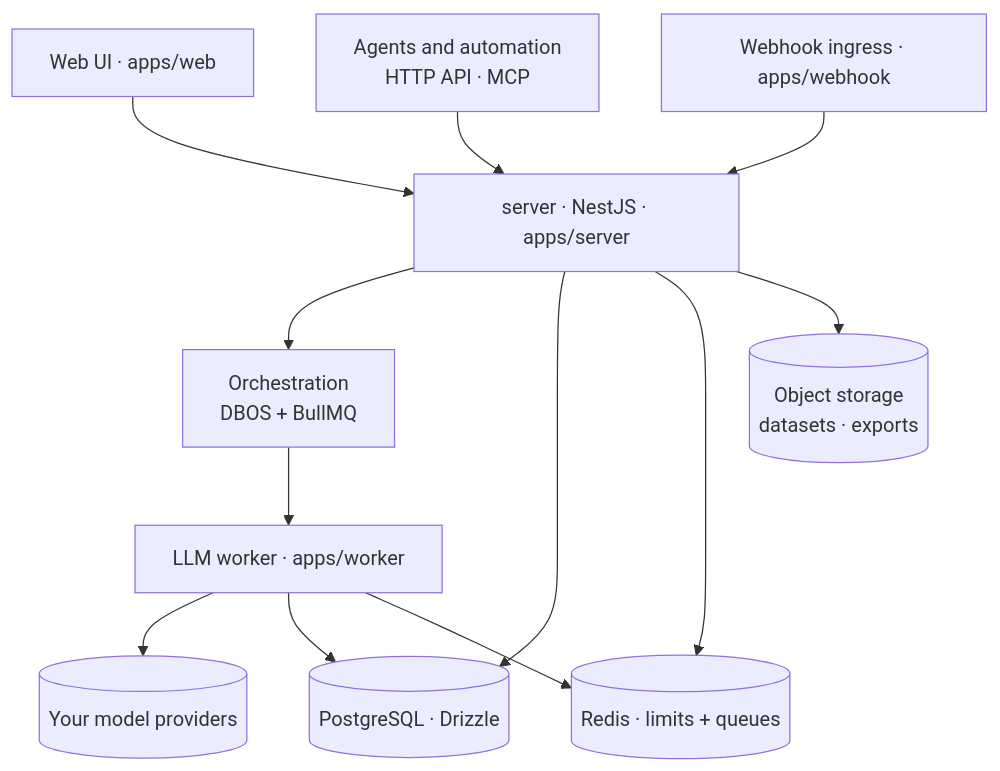
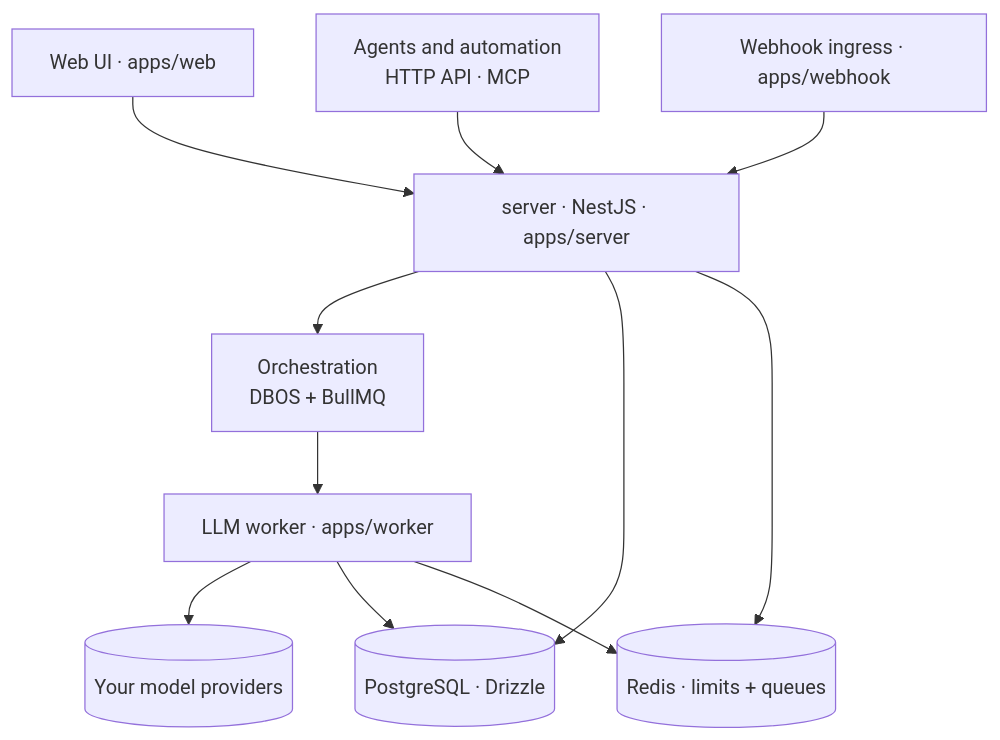
The diagram in README.md (proofhound/proofhound), drawn with Mermaid before and after one commit. The commit also changed other lines of this file and 1 other file, not shown here.

Commit message:
docs(readme): drop object-storage from How it works (no such functionality)

````diff
--- a/README.md
+++ b/README.md
@@ -102,17 +102,16 @@
 ```mermaid
 flowchart TD
     WEB[Web UI · apps/web]
     AGENT[Agents and automation<br/>HTTP API · MCP]
     HOOK[Webhook ingress · apps/webhook]
     WEB --> SRV
     AGENT --> SRV[server · NestJS · apps/server]
     HOOK --> SRV
     SRV --> ORCH[Orchestration<br/>DBOS + BullMQ]
     ORCH --> WORK[LLM worker · apps/worker]
     WORK --> PROV[(Your model providers)]
     SRV --> PG[(PostgreSQL · Drizzle)]
     SRV --> REDIS[(Redis · limits + queues)]
-    SRV --> OBJ[(Object storage<br/>datasets · exports)]
     WORK --> PG
     WORK --> REDIS
 ```
````
